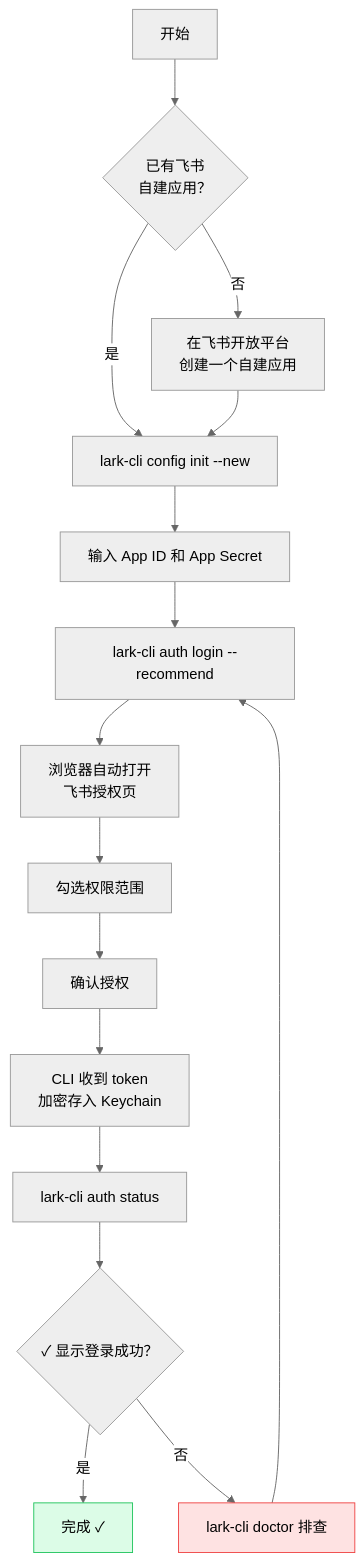
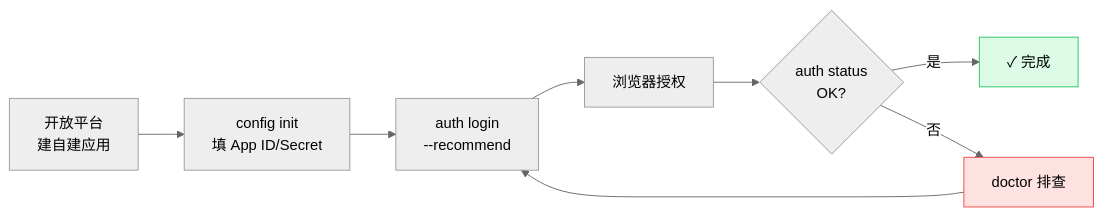
Before and after one commit to ymzlsy/wiki: the eighth of 16 diagrams in lark-cli/index.md, drawn with Mermaid (neutral theme). The commit also changed other lines of this file and 2 other files, not shown here.

First line of the commit message:
feat(lark-cli): rewrite Ch1 vs 智能伙伴/智能体 + shrink mermaid diagrams

````diff
--- a/lark-cli/index.md
+++ b/lark-cli/index.md
@@ -383,21 +434,12 @@
 ```mermaid
-flowchart TD
-    A[开始] --> B{已有飞书<br/>自建应用？}
-    B -->|否| C[在飞书开放平台<br/>创建一个自建应用]
-    B -->|是| D
-    C --> D[lark-cli config init --new]
-    D --> E[输入 App ID 和 App Secret]
-    E --> F[lark-cli auth login --recommend]
-    F --> G[浏览器自动打开<br/>飞书授权页]
-    G --> H[勾选权限范围]
-    H --> I[确认授权]
-    I --> J[CLI 收到 token<br/>加密存入 Keychain]
-    J --> K[lark-cli auth status]
-    K --> L{✓ 显示登录成功？}
-    L -->|是| M[完成 ✓]
-    L -->|否| N[lark-cli doctor 排查]
-    N --> F
-
-    style M fill:#dcfce7,stroke:#22c55e
-    style N fill:#fee2e2,stroke:#ef4444
+flowchart LR
+    A[开放平台<br/>建自建应用] --> B[config init<br/>填 App ID/Secret]
+    B --> C[auth login<br/>--recommend]
+    C --> D[浏览器授权]
+    D --> E{auth status<br/>OK?}
+    E -->|是| F[✓ 完成]
+    E -->|否| G[doctor 排查]
+    G --> C
+    style F fill:#dcfce7,stroke:#22c55e
+    style G fill:#fee2e2,stroke:#ef4444
 ```
````
